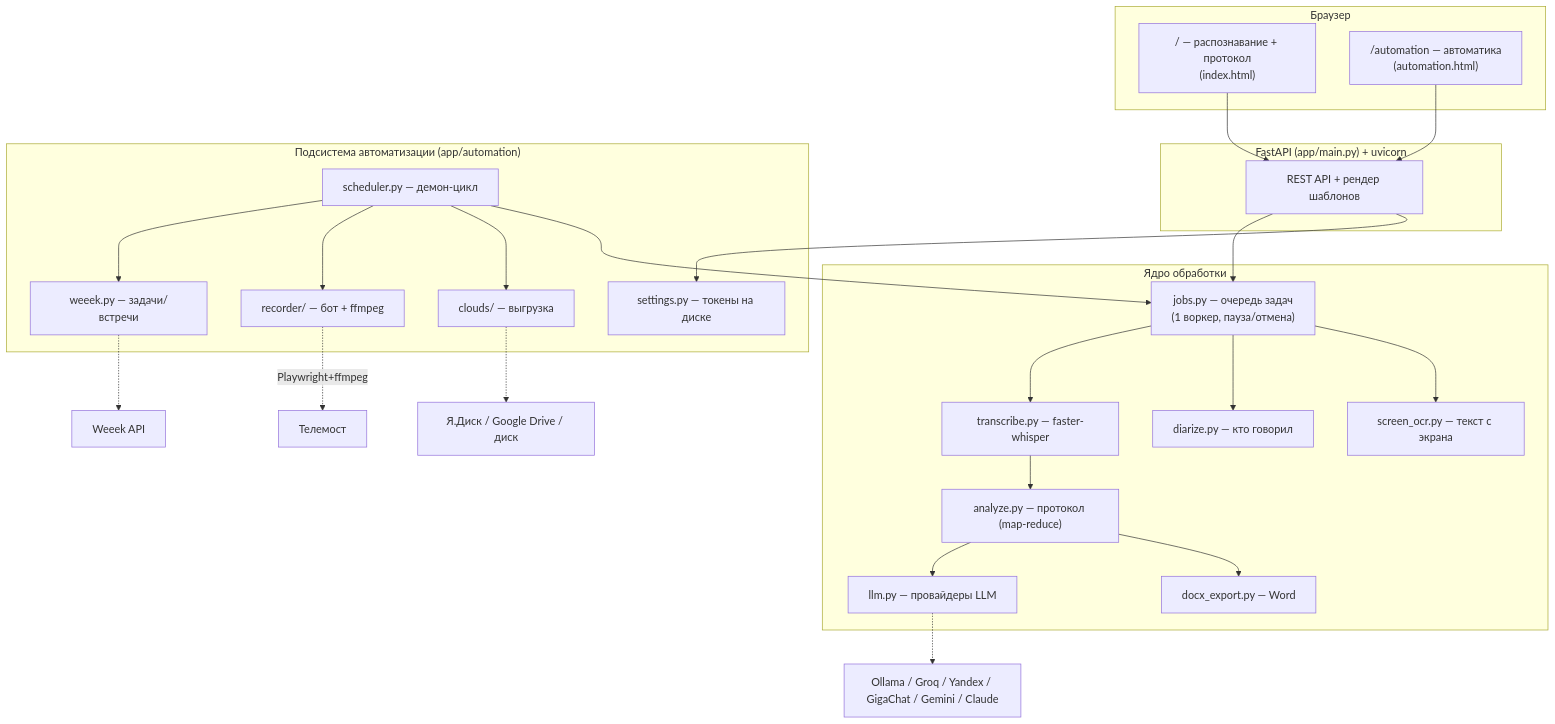
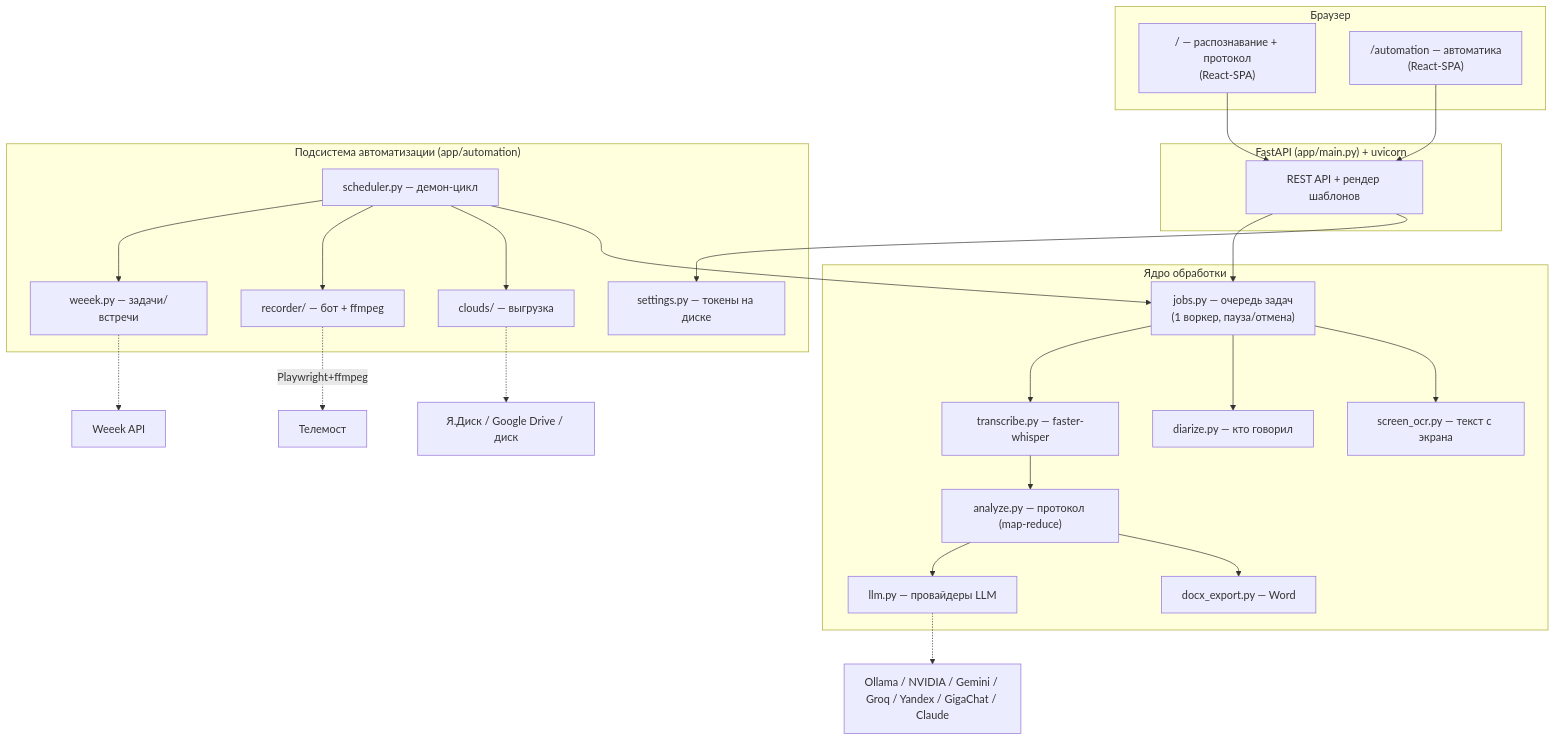
One commit to sglazunov/voise-bot changed the first of 3 diagrams in docs/АРХИТЕКТУРА.md. Above: the diagram before and after it, drawn with Mermaid. The commit also changed other lines of this file and 5 other files, not shown here.

First line of the commit message:
Документация: NVIDIA как основной движок, React-SPA, новые кейсы проблем

````diff
--- a/docs/АРХИТЕКТУРА.md
+++ b/docs/АРХИТЕКТУРА.md
@@ -37,41 +37,41 @@
 ```mermaid
 flowchart TB
   subgraph Client["Браузер"]
-    UI1["/ — распознавание + протокол<br/>(index.html)"]
-    UI2["/automation — автоматика<br/>(automation.html)"]
+    UI1["/ — распознавание + протокол<br/>(React-SPA)"]
+    UI2["/automation — автоматика<br/>(React-SPA)"]
   end
 
   subgraph Web["FastAPI (app/main.py) + uvicorn"]
     API["REST API + рендер шаблонов"]
   end
 
   subgraph Core["Ядро обработки"]
     JOBS["jobs.py — очередь задач<br/>(1 воркер, пауза/отмена)"]
     TR["transcribe.py — faster-whisper"]
     AN["analyze.py — протокол (map-reduce)"]
     LLM["llm.py — провайдеры LLM"]
     DOCX["docx_export.py — Word"]
     DIA["diarize.py — кто говорил"]
     OCR["screen_ocr.py — текст с экрана"]
   end
 
   subgraph Auto["Подсистема автоматизации (app/automation)"]
     SCH["scheduler.py — демон-цикл"]
     WK["weeek.py — задачи/встречи"]
     REC["recorder/ — бот + ffmpeg"]
     CL["clouds/ — выгрузка"]
     ST["settings.py — токены на диске"]
   end
 
   UI1 & UI2 --> API
   API --> JOBS & ST
   JOBS --> TR --> AN --> LLM
   AN --> DOCX
   JOBS --> DIA & OCR
   SCH --> WK & REC & CL
   SCH --> JOBS
   REC -. Playwright+ffmpeg .-> Telemost["Телемост"]
   CL -.-> Cloud["Я.Диск / Google Drive / диск"]
   WK -.-> Weeek["Weeek API"]
-  LLM -.-> Providers["Ollama / Groq / Yandex / GigaChat / Gemini / Claude"]
+  LLM -.-> Providers["Ollama / NVIDIA / Gemini / Groq / Yandex / GigaChat / Claude"]
 ```
````
